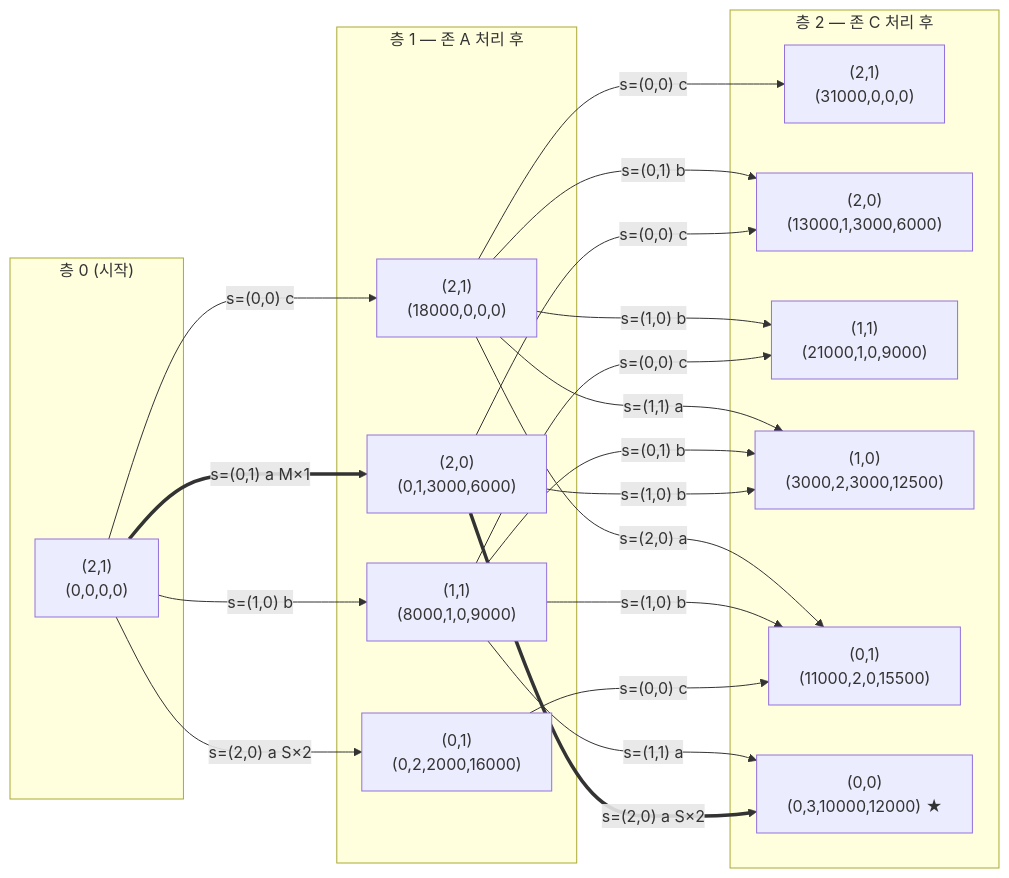
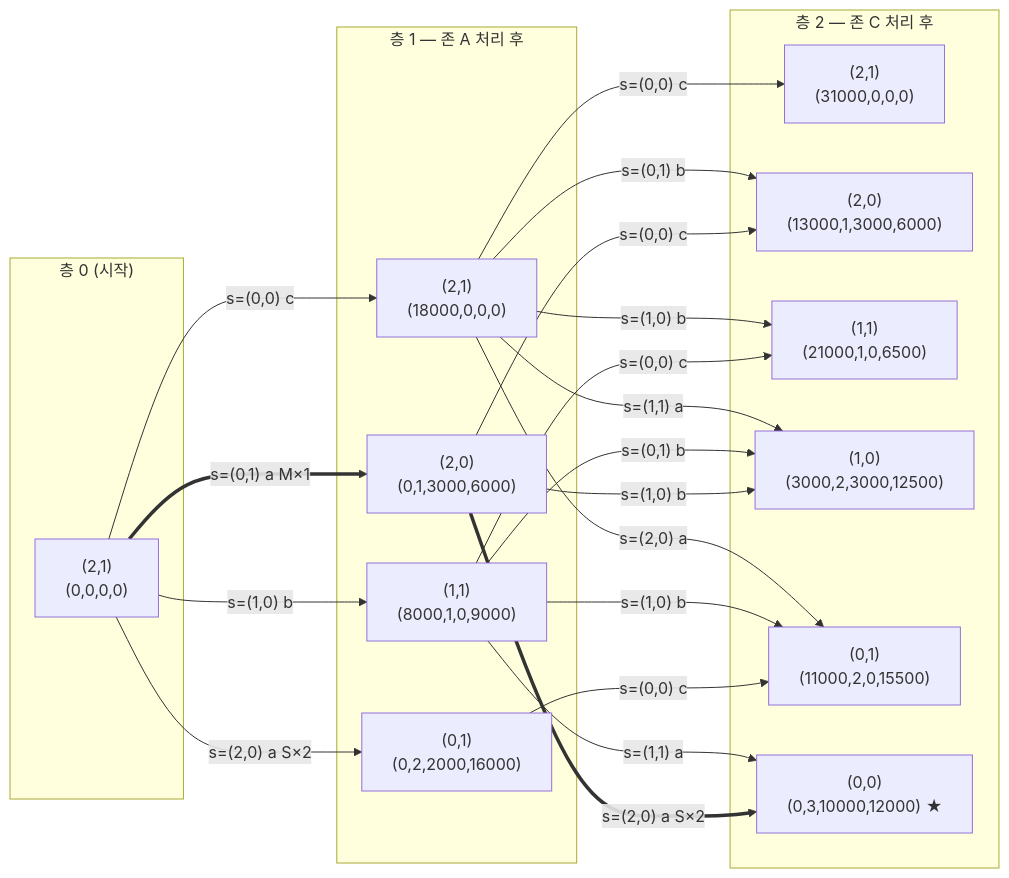
The third of 3 diagrams in docs/notes/zone-quota-allocation-dp.md (drimdrim2002/ro-next), drawn with Mermaid before and after one commit. The commit also changed other lines of this file, not shown here.

````diff
--- a/docs/notes/zone-quota-allocation-dp.md
+++ b/docs/notes/zone-quota-allocation-dp.md
@@ -358,37 +360,37 @@
 ```mermaid
 flowchart LR
     subgraph L0["층 0 (시작)"]
         A21["(2,1)<br/>(0,0,0,0)"]
     end
     subgraph L1["층 1 — 존 A 처리 후"]
         B21["(2,1)<br/>(18000,0,0,0)"]
         B20["(2,0)<br/>(0,1,3000,6000)"]
         B11["(1,1)<br/>(8000,1,0,9000)"]
         B01["(0,1)<br/>(0,2,2000,16000)"]
     end
     subgraph L2["층 2 — 존 C 처리 후"]
         C21["(2,1)<br/>(31000,0,0,0)"]
         C20["(2,0)<br/>(13000,1,3000,6000)"]
-        C11["(1,1)<br/>(21000,1,0,9000)"]
+        C11["(1,1)<br/>(21000,1,0,6500)"]
         C10["(1,0)<br/>(3000,2,3000,12500)"]
         C01["(0,1)<br/>(11000,2,0,15500)"]
         C00["(0,0)<br/>(0,3,10000,12000) ★"]
     end
     A21 -- "s=(0,0) c" --> B21
     A21 == "s=(0,1) a  M×1" ==> B20
     A21 -- "s=(1,0) b" --> B11
     A21 -- "s=(2,0) a  S×2" --> B01
     B20 == "s=(2,0) a  S×2" ==> C00
     B20 -- "s=(1,0) b" --> C10
     B20 -- "s=(0,0) c" --> C20
     B01 -- "s=(0,0) c" --> C01
     B11 -- "s=(1,0) b" --> C01
     B11 -- "s=(0,1) b" --> C10
     B11 -- "s=(1,1) a" --> C00
     B11 -- "s=(0,0) c" --> C11
     B21 -- "s=(2,0) a" --> C01
     B21 -- "s=(1,1) a" --> C10
     B21 -- "s=(0,1) b" --> C20
     B21 -- "s=(1,0) b" --> C11
     B21 -- "s=(0,0) c" --> C21
 ```
````
